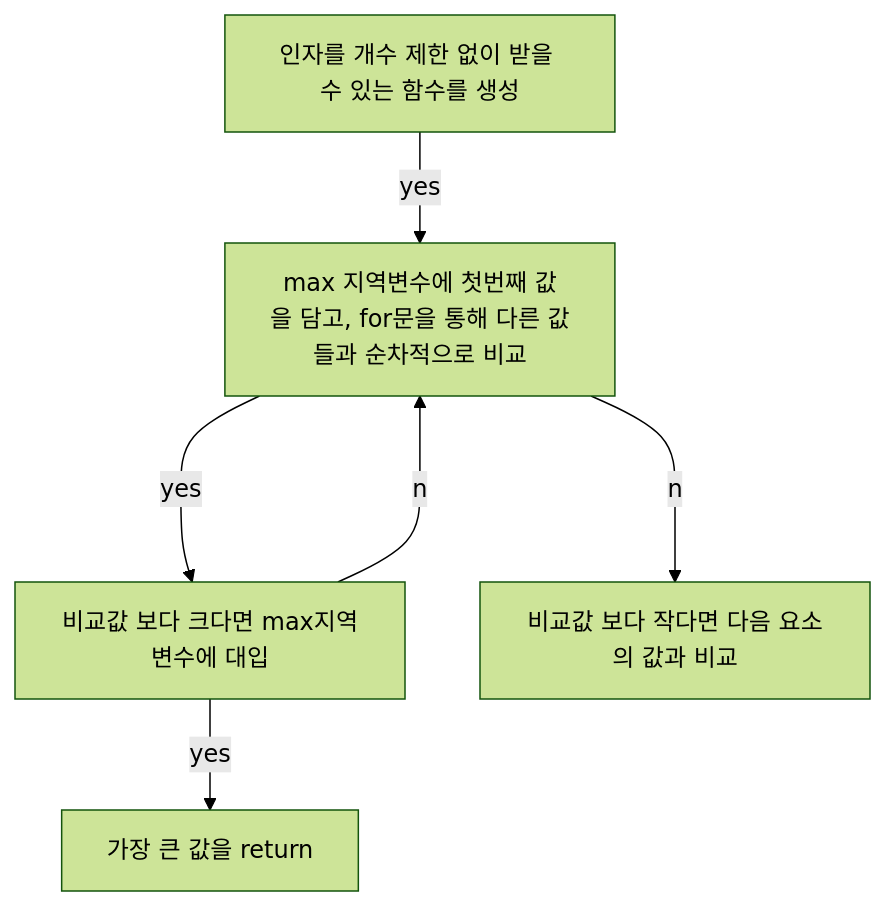
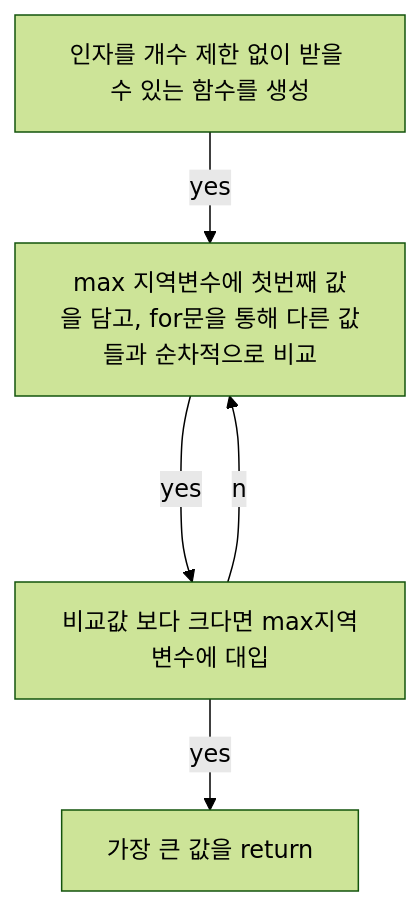
Before and after one commit to mchaemil/mchaemil.github.io: the first of 2 diagrams in _posts/2019-12-06-my-Presentation.md, drawn with Mermaid (forest theme). The commit also changed 1 other file, not shown here.

Commit message:
update post

````diff
--- a/_posts/2019-12-06-my-Presentation.md
+++ b/_posts/2019-12-06-my-Presentation.md
@@ -20,13 +20,11 @@
 ```mermaid
 graph TB;
     A[인자를 개수 제한 없이 받을 수 있는 함수를 생성]
     B[max 지역변수에 첫번째 값을 담고, for문을 통해 다른 값들과 순차적으로 비교]
     C[비교값 보다 크다면 max지역변수에 대입]
-    D[비교값 보다 작다면 다음 요소의 값과 비교]
-    E[가장 큰 값을 return]
+    D[가장 큰 값을 return]
     A--yes-->B;
     B--yes-->C;
-    B--no-->D;
     C--no-->B;	
-    C--yes-->E;
+    C--yes-->D;
 ```
````
